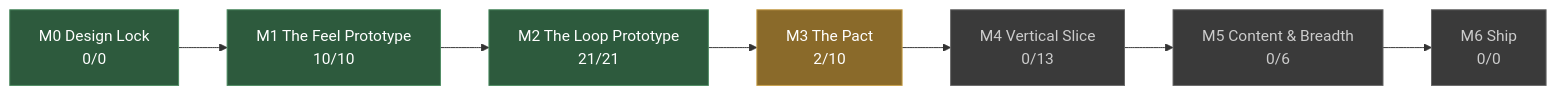
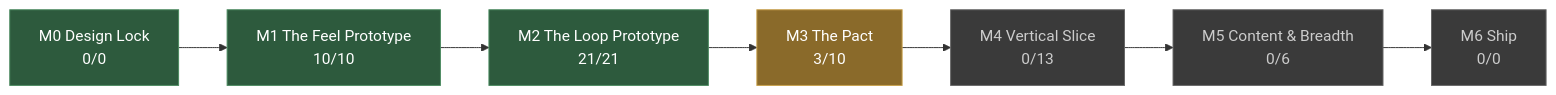
The diagram in docs/STATUS.md (JoshuaGessner/she), drawn with Mermaid before and after one commit. The commit also changed other lines of this file and 10 other files, not shown here.

````diff
--- a/docs/STATUS.md
+++ b/docs/STATUS.md
@@ -13,19 +13,19 @@
 ```mermaid
 flowchart LR
   M0["M0 Design Lock<br/>0/0"]:::passed
   M1["M1 The Feel Prototype<br/>10/10"]:::passed
   M0 --> M1
   M2["M2 The Loop Prototype<br/>21/21"]:::passed
   M1 --> M2
-  M3["M3 The Pact<br/>2/10"]:::current
+  M3["M3 The Pact<br/>3/10"]:::current
   M2 --> M3
   M4["M4 Vertical Slice<br/>0/13"]:::ahead
   M3 --> M4
   M5["M5 Content & Breadth<br/>0/6"]:::ahead
   M4 --> M5
   M6["M6 Ship<br/>0/0"]:::ahead
   M5 --> M6
   classDef passed fill:#2d5a3d,stroke:#4a8a5f,color:#fff
   classDef current fill:#8a6a2a,stroke:#c8a04a,color:#fff
   classDef ahead fill:#3a3a3a,stroke:#666,color:#ccc
 ```
````
